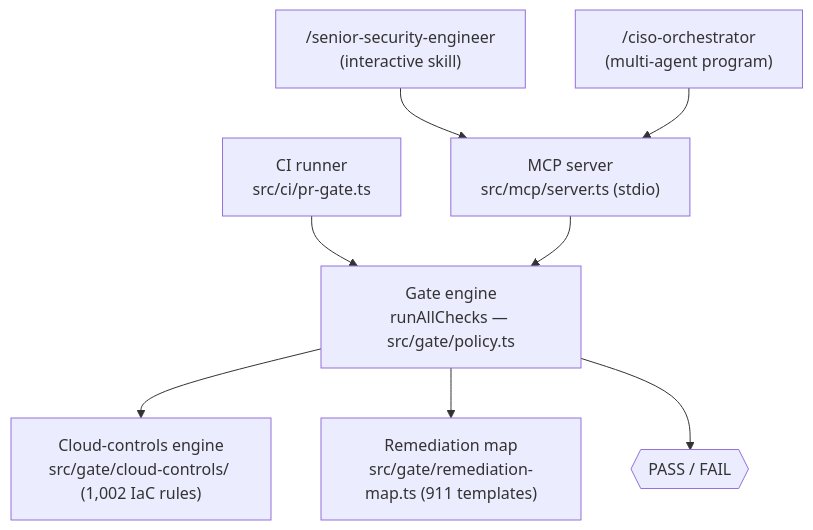
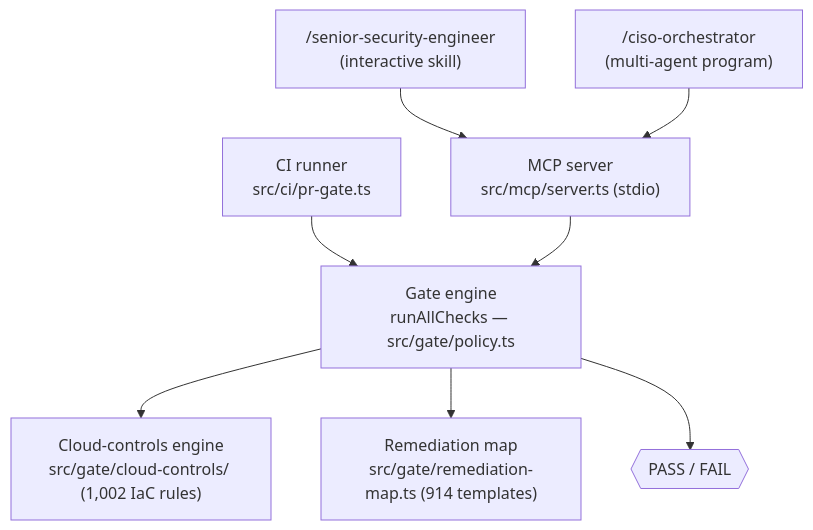
Before and after one commit to AbrahamOO/security-mcp: the first of 4 diagrams in docs/ARCHITECTURE.md, drawn with Mermaid. The commit also changed other lines of this file and 35 other files, not shown here.

````diff
--- a/docs/ARCHITECTURE.md
+++ b/docs/ARCHITECTURE.md
@@ -32,10 +32,10 @@
 ```mermaid
 flowchart TD
     SSE["/senior-security-engineer<br/>(interactive skill)"] --> MCP["MCP server<br/>src/mcp/server.ts (stdio)"]
     CISO["/ciso-orchestrator<br/>(multi-agent program)"] --> MCP
     CI["CI runner<br/>src/ci/pr-gate.ts"] --> GATE
     MCP --> GATE["Gate engine<br/>runAllChecks — src/gate/policy.ts"]
     GATE --> CC["Cloud-controls engine<br/>src/gate/cloud-controls/ (1,002 IaC rules)"]
-    GATE --> RM["Remediation map<br/>src/gate/remediation-map.ts (911 templates)"]
+    GATE --> RM["Remediation map<br/>src/gate/remediation-map.ts (914 templates)"]
     GATE --> VERDICT{{"PASS / FAIL"}}
 ```
````
